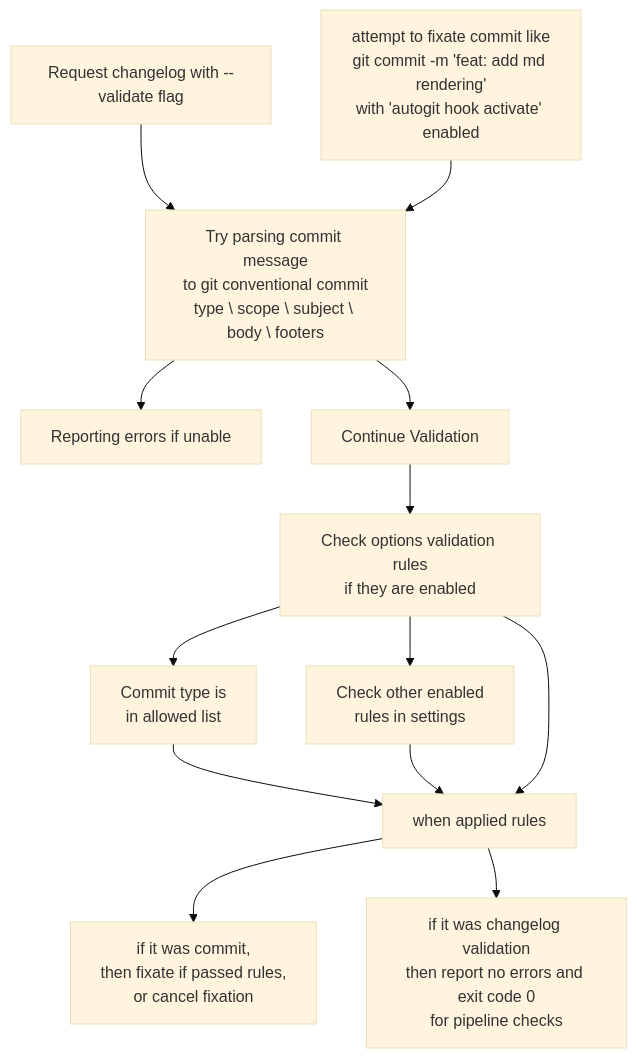
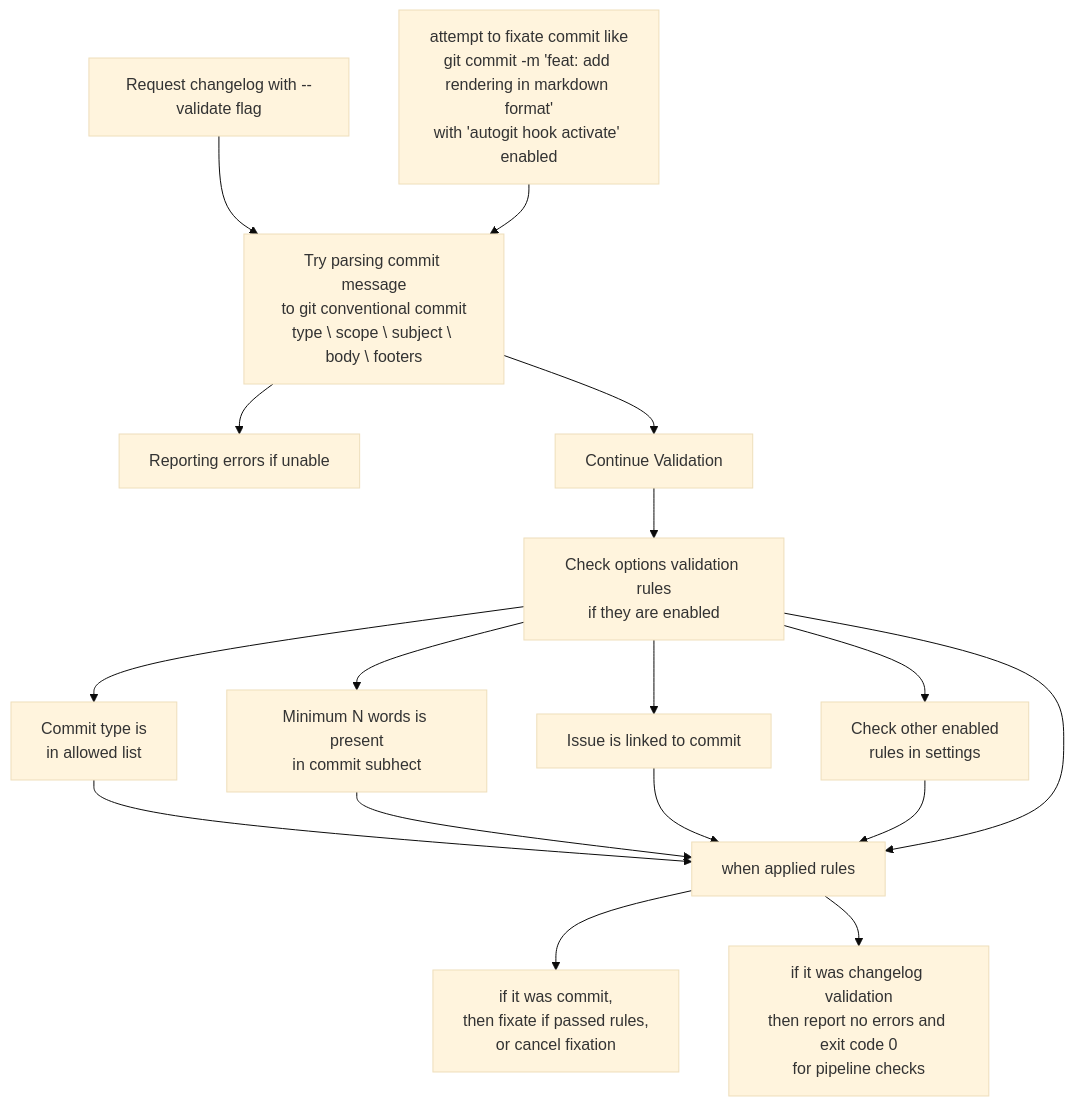
The first of 4 diagrams in README.md (darklab8/autogit), drawn with Mermaid (base theme) before and after one commit.

Commit message:
docs: fix readme render

````diff
--- a/README.md
+++ b/README.md
@@ -98,16 +98,20 @@
 ```mermaid
 flowchart TD
-  GitCommit[attempt to fixate commit like\ngit commit -m 'feat: add md rendering'\nwith 'autogit hook activate' enabled]
+  GitCommit[attempt to fixate commit like\ngit commit -m 'feat: add rendering in markdown format'\nwith 'autogit hook activate' enabled]
   RequestValidatingChangelog[Request changelog with --validate flag] --> TryParsingCommitMessage
   GitCommit --> TryParsingCommitMessage[Try parsing commit message\nto git conventional commit\ntype \ scope \ subject \ body \ footers]
   TryParsingCommitMessage --> ReportFail[Reporting errors if unable]
   TryParsingCommitMessage --> ContinuingValidation[Continue Validation]
   ContinuingValidation --> CheckOptionalValidationRulesIfEnabled[Check options validation rules\nif they are enabled]
   CheckOptionalValidationRulesIfEnabled --> CommitTypeInAllowedList[Commit type is\nin allowed list]
   CommitTypeInAllowedList --> WhenAppliedRules
+  CheckOptionalValidationRulesIfEnabled --> MinimumNWords[Minimum N words is present\nin commit subhect]
+  MinimumNWords --> WhenAppliedRules
+  CheckOptionalValidationRulesIfEnabled --> IssueIsLinked[Issue is linked to commit]
+  IssueIsLinked --> WhenAppliedRules
   CheckOptionalValidationRulesIfEnabled --> CheckOtherEnabledRulesInSettings[Check other enabled\nrules in settings]
   CheckOtherEnabledRulesInSettings --> WhenAppliedRules
   CheckOptionalValidationRulesIfEnabled --> WhenAppliedRules[when applied rules]
   WhenAppliedRules --> IfCommit[if it was commit,\nthen fixate if passed rules,\nor cancel fixation]
   WhenAppliedRules --> IfChangelog[if it was changelog validation\nthen report no errors and exit code 0\nfor pipeline checks]
 ```
````
